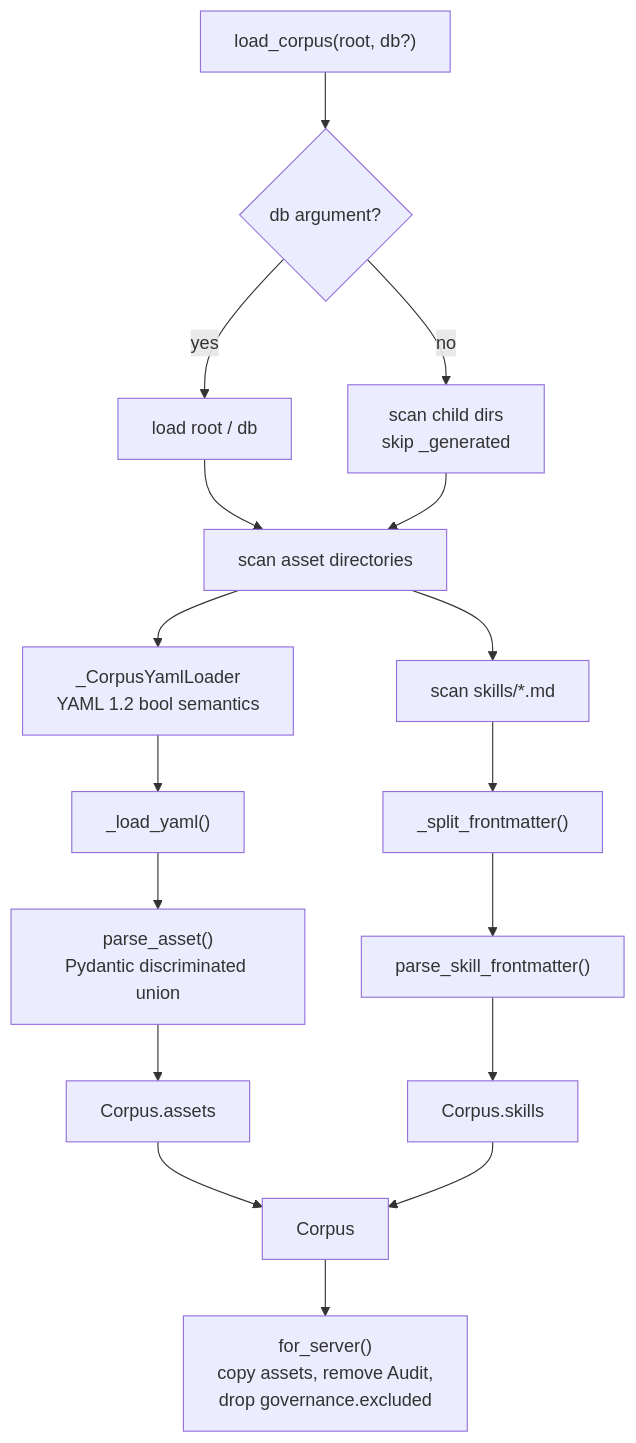
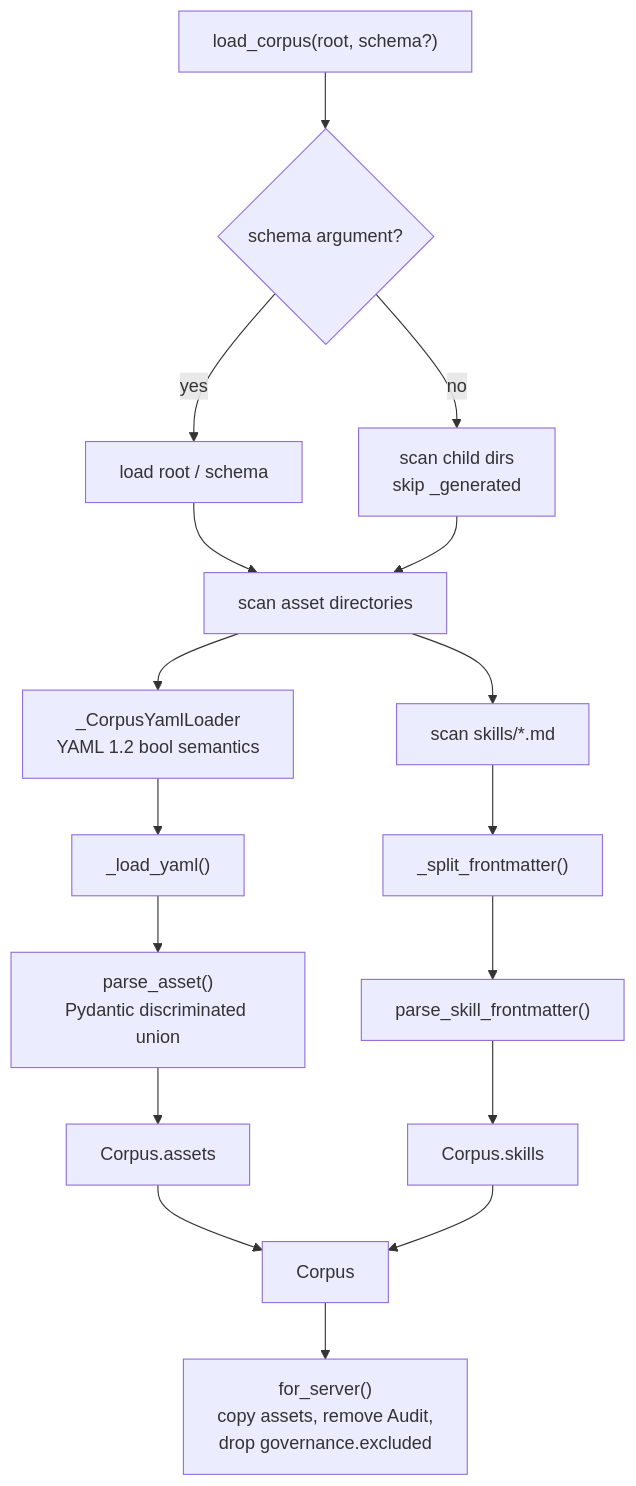
The second of 6 diagrams in docs/diagrams/corpus.md (Minhao-Zhang/governed-bi), drawn with Mermaid before and after one commit. The commit also changed other lines of this file and 85 other files, not shown here.

First line of the commit message:
D15 increments 3-8: multi-schema serve, wire/schema rename, graph scope, router

````diff
--- a/docs/diagrams/corpus.md
+++ b/docs/diagrams/corpus.md
@@ -40,22 +40,22 @@
 ```mermaid
 flowchart TD
-    Start["load_corpus(root, db?)"] --> Dirs{"db argument?"}
-    Dirs -->|yes| OneDb["load root / db"]
+    Start["load_corpus(root, schema?)"] --> Dirs{"schema argument?"}
+    Dirs -->|yes| OneDb["load root / schema"]
     Dirs -->|no| AllDbs["scan child dirs<br/>skip _generated"]
     OneDb --> AssetDirs["scan asset directories"]
     AllDbs --> AssetDirs
 
     AssetDirs --> YamlLoader["_CorpusYamlLoader<br/>YAML 1.2 bool semantics"]
     YamlLoader --> LoadYaml["_load_yaml()"]
     LoadYaml --> ParseAsset["parse_asset()<br/>Pydantic discriminated union"]
     ParseAsset --> Assets["Corpus.assets"]
 
     AssetDirs --> SkillFiles["scan skills/*.md"]
     SkillFiles --> SplitFront["_split_frontmatter()"]
     SplitFront --> ParseSkill["parse_skill_frontmatter()"]
     ParseSkill --> Skills["Corpus.skills"]
 
     Assets --> Corpus["Corpus"]
     Skills --> Corpus
     Corpus --> ForServer["for_server()<br/>copy assets, remove Audit,<br/>drop governance.excluded"]
 ```
````
